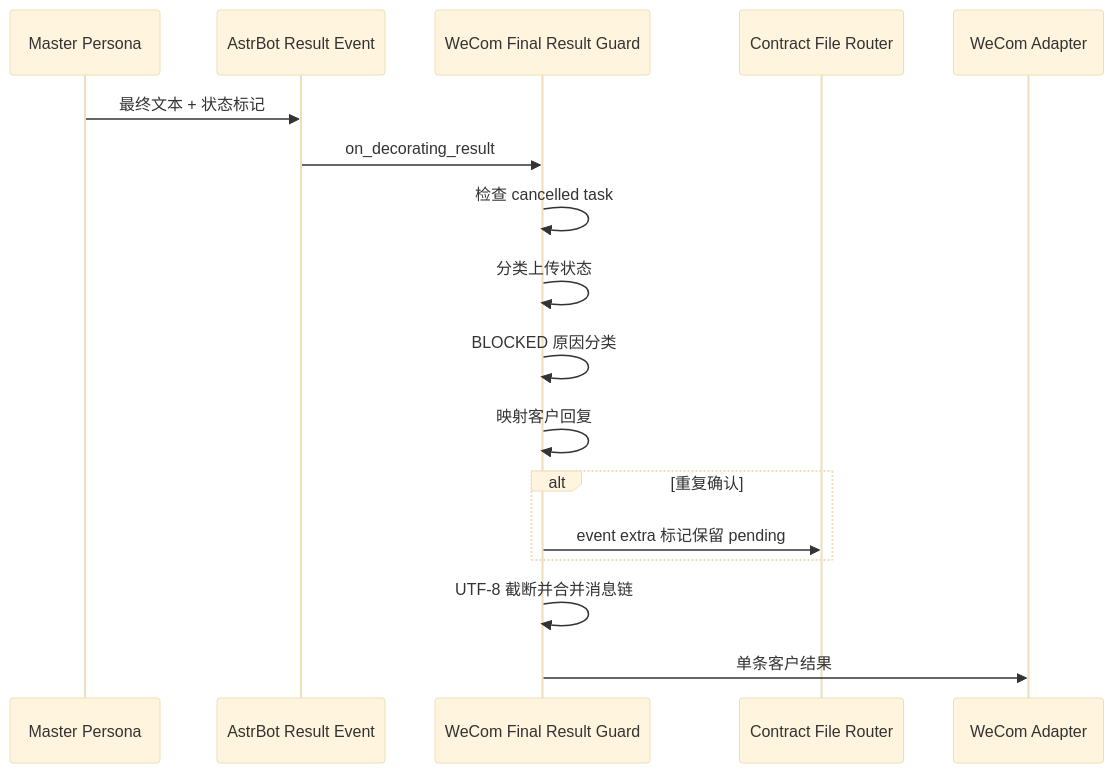
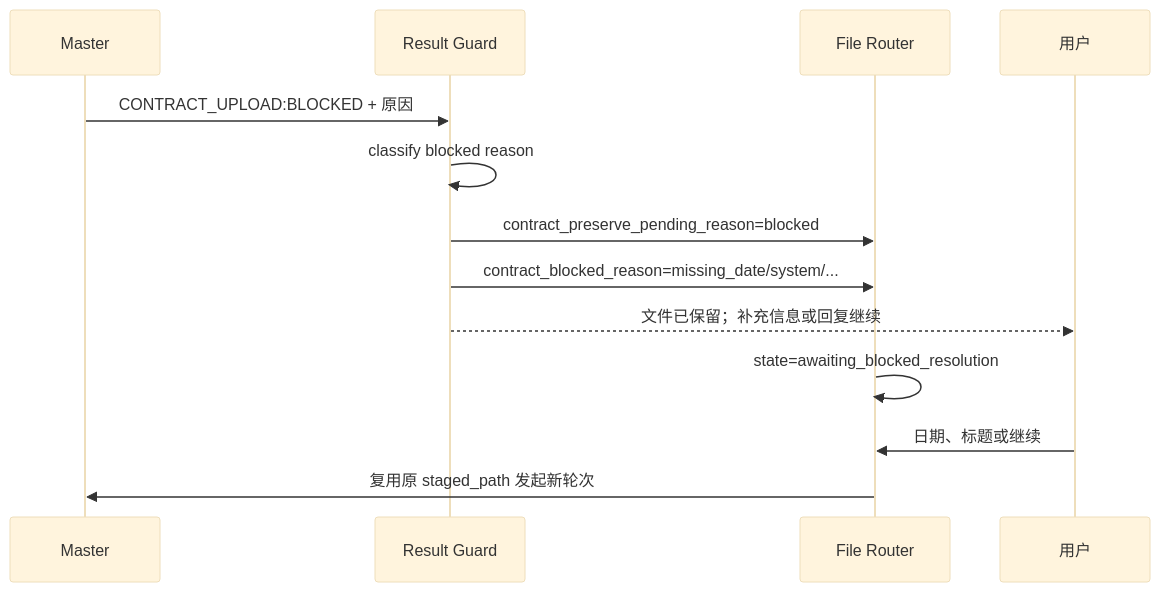
One commit to Ri0n72Y/ContractBotConfig changed the diagram in plugins/astrbot_plugin_wecom_final_result_guard/README.md. Above: the diagram before and after it, drawn with Mermaid (base theme). The commit also changed other lines of this file, not shown here.

Commit message:
docs: document recoverable blocked results

````diff
--- a/plugins/astrbot_plugin_wecom_final_result_guard/README.md
+++ b/plugins/astrbot_plugin_wecom_final_result_guard/README.md
@@ -51,20 +39,16 @@
 ```mermaid
 sequenceDiagram
-    participant A as Master Persona
-    participant E as AstrBot Result Event
-    participant G as WeCom Final Result Guard
-    participant R as Contract File Router
-    participant W as WeCom Adapter
+    participant M as Master
+    participant G as Result Guard
+    participant R as File Router
+    participant U as 用户
 
-    A->>E: 最终文本 + 状态标记
-    E->>G: on_decorating_result
-    G->>G: 检查 cancelled task
-    G->>G: 分类上传状态
-    G->>G: BLOCKED 原因分类
-    G->>G: 映射客户回复
-    alt 重复确认
-        G->>R: event extra 标记保留 pending
-    end
-    G->>G: UTF-8 截断并合并消息链
-    G->>W: 单条客户结果
+    M->>G: CONTRACT_UPLOAD:BLOCKED + 原因
+    G->>G: classify blocked reason
+    G->>R: contract_preserve_pending_reason=blocked
+    G->>R: contract_blocked_reason=missing_date/system/...
+    G-->>U: 文件已保留；补充信息或回复继续
+    R->>R: state=awaiting_blocked_resolution
+    U->>R: 日期、标题或继续
+    R->>M: 复用原 staged_path 发起新轮次
 ```
````
